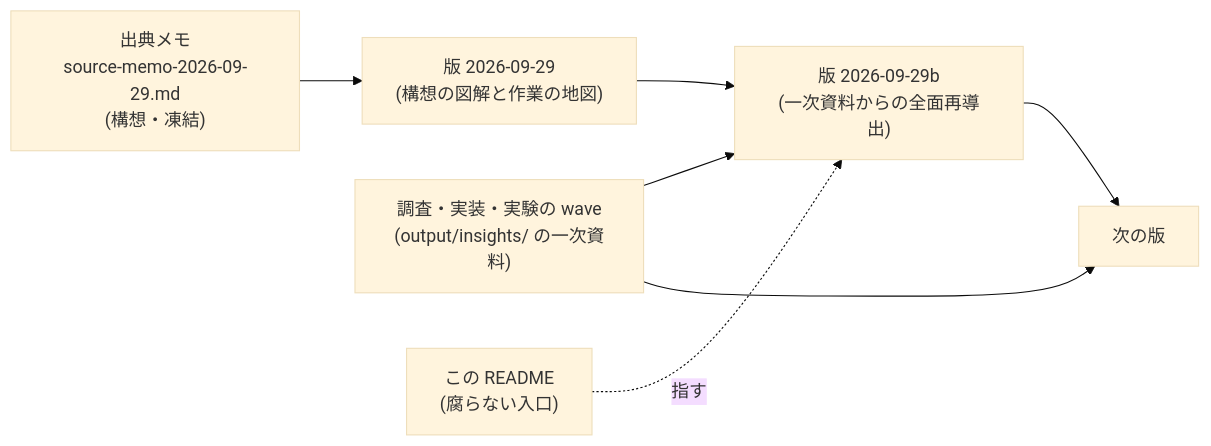
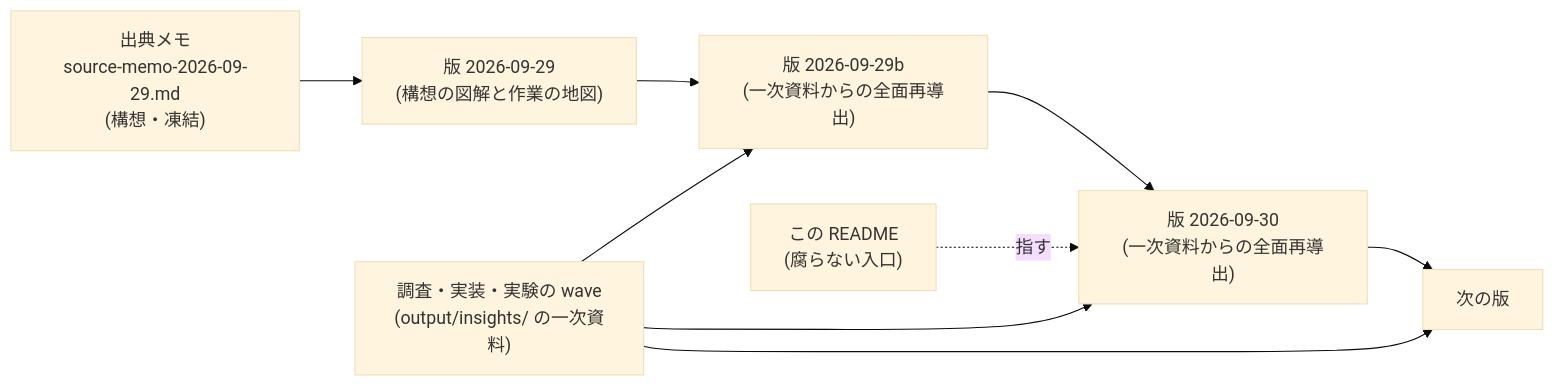
Before and after one commit to thawk105/izanagi: the first of 2 diagrams in docs/paper-story-vhash/README.md, drawn with Mermaid (base theme). The commit also changed other lines of this file and 3 other files, not shown here.

````diff
--- a/docs/paper-story-vhash/README.md
+++ b/docs/paper-story-vhash/README.md
@@ -7,9 +7,11 @@
 ```mermaid
 flowchart LR
   memo["出典メモ<br/>source-memo-2026-09-29.md<br/>(構想・凍結)"] --> v1["版 2026-09-29<br/>(構想の図解と作業の地図)"]
   waves["調査・実装・実験の wave<br/>(output/insights/ の一次資料)"] --> v2["版 2026-09-29b<br/>(一次資料からの全面再導出)"]
   v1 --> v2
-  v2 --> vN["次の版"]
+  waves --> v3["版 2026-09-30<br/>(一次資料からの全面再導出)"]
+  v2 --> v3
+  v3 --> vN["次の版"]
   waves --> vN
-  readme["この README<br/>(腐らない入口)"] -.指す.-> v2
+  readme["この README<br/>(腐らない入口)"] -.指す.-> v3
 ```
````
